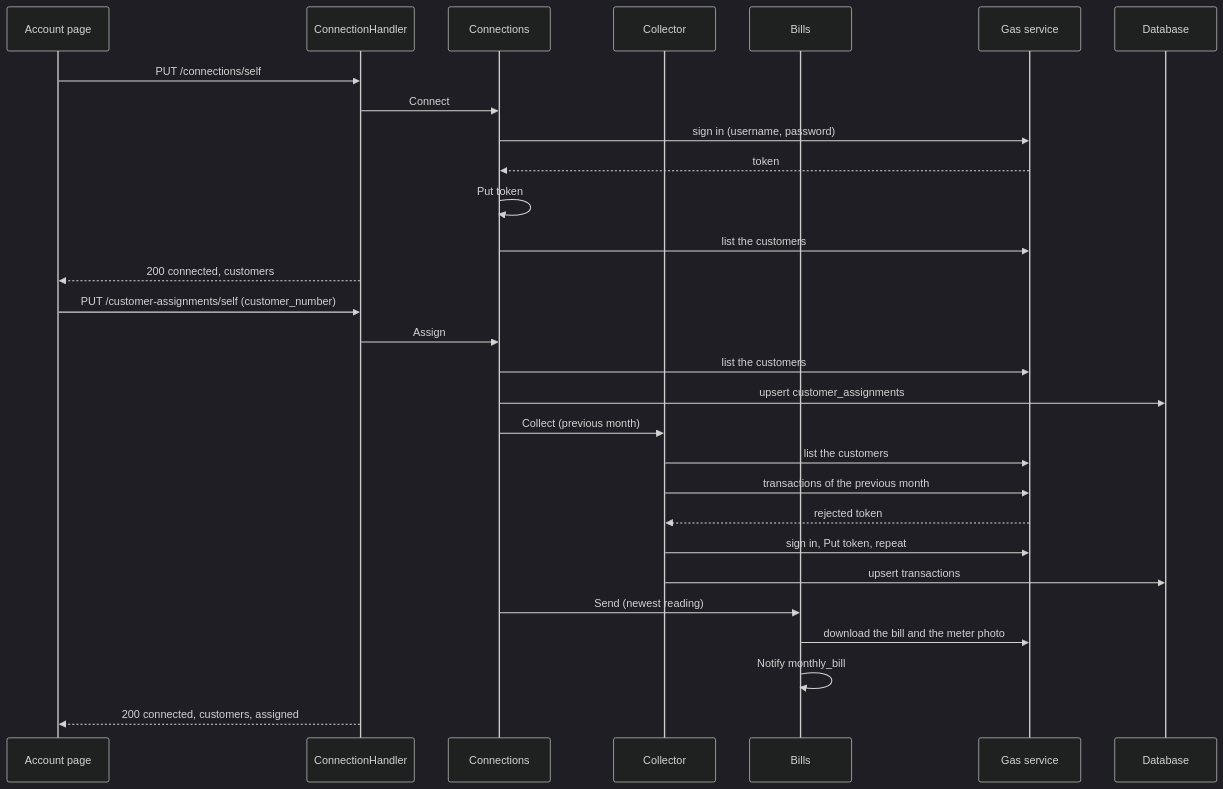
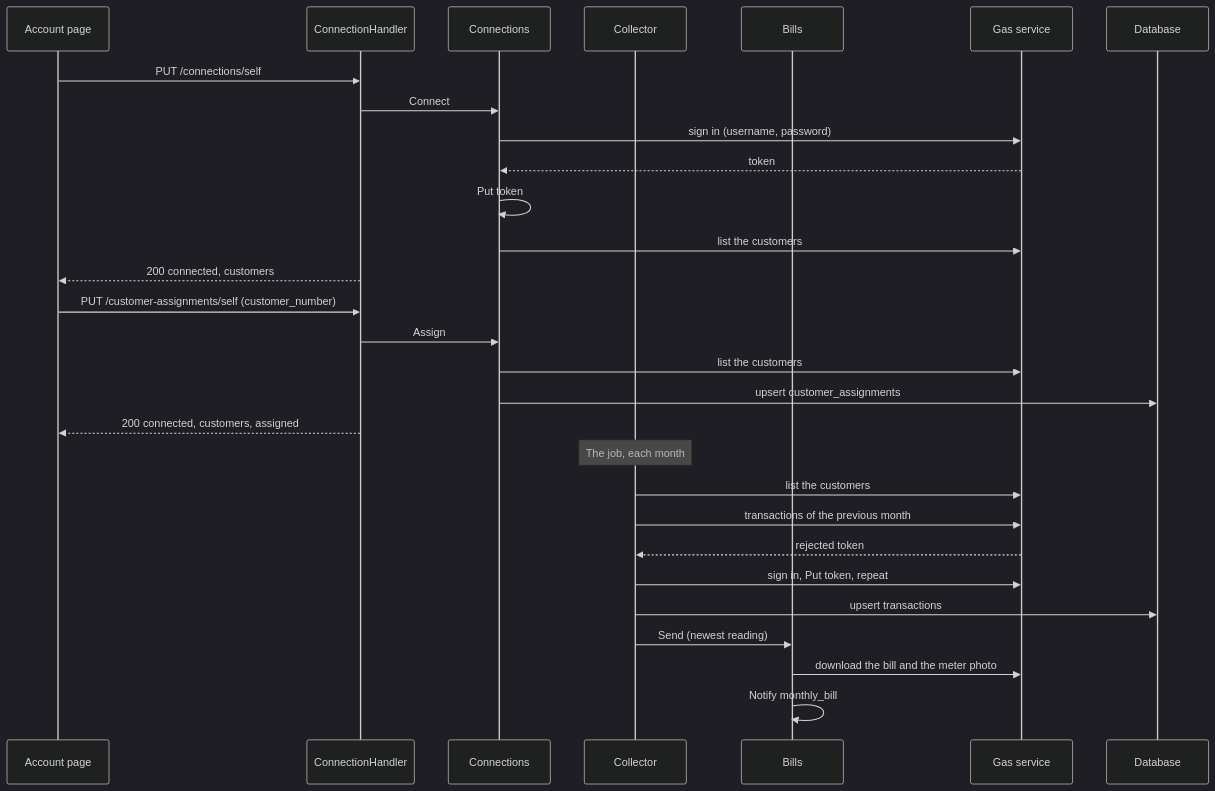
One commit to ABGEO/maroid changed the diagram in specs/features/gasacc/spec.md. Above: the diagram before and after it, drawn with Mermaid (dark theme). The commit also changed other lines of this file and 6 other files, not shown here.

````diff
--- a/specs/features/gasacc/spec.md
+++ b/specs/features/gasacc/spec.md
@@ -281,31 +280,31 @@
 ```mermaid
 sequenceDiagram
     participant U as Account page
     participant H as ConnectionHandler
     participant C as Connections
     participant K as Collector
     participant B as Bills
     participant G as Gas service
     participant D as Database
     U->>H: PUT /connections/self
     H->>C: Connect
     C->>G: sign in (username, password)
     G-->>C: token
     C->>C: Put token
     C->>G: list the customers
     H-->>U: 200 connected, customers
     U->>H: PUT /customer-assignments/self (customer_number)
     H->>C: Assign
     C->>G: list the customers
     C->>D: upsert customer_assignments
-    C->>K: Collect (previous month)
+    H-->>U: 200 connected, customers, assigned
+    Note over K: The job, each month
     K->>G: list the customers
     K->>G: transactions of the previous month
     G-->>K: rejected token
     K->>G: sign in, Put token, repeat
     K->>D: upsert transactions
-    C->>B: Send (newest reading)
+    K->>B: Send (newest reading)
     B->>G: download the bill and the meter photo
     B->>B: Notify monthly_bill
-    H-->>U: 200 connected, customers, assigned
 ```
````
